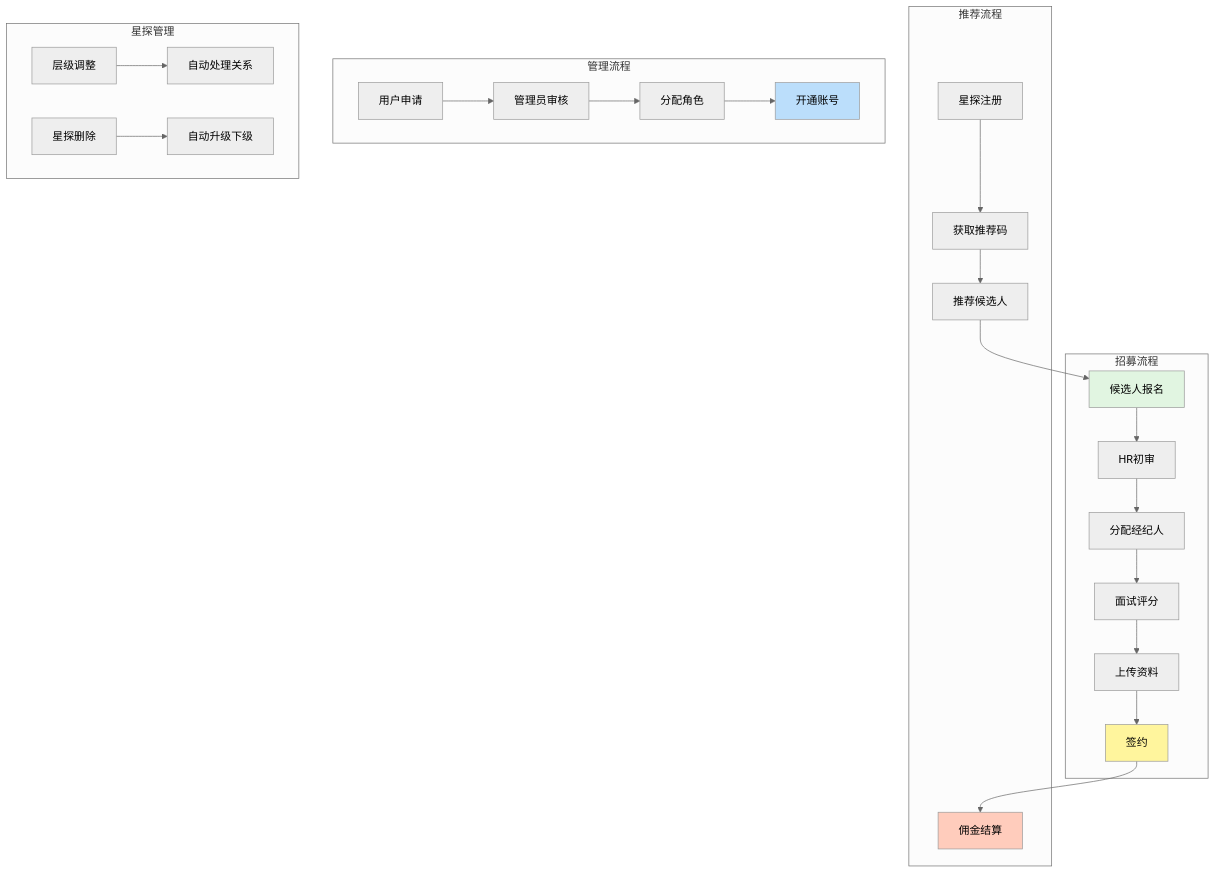
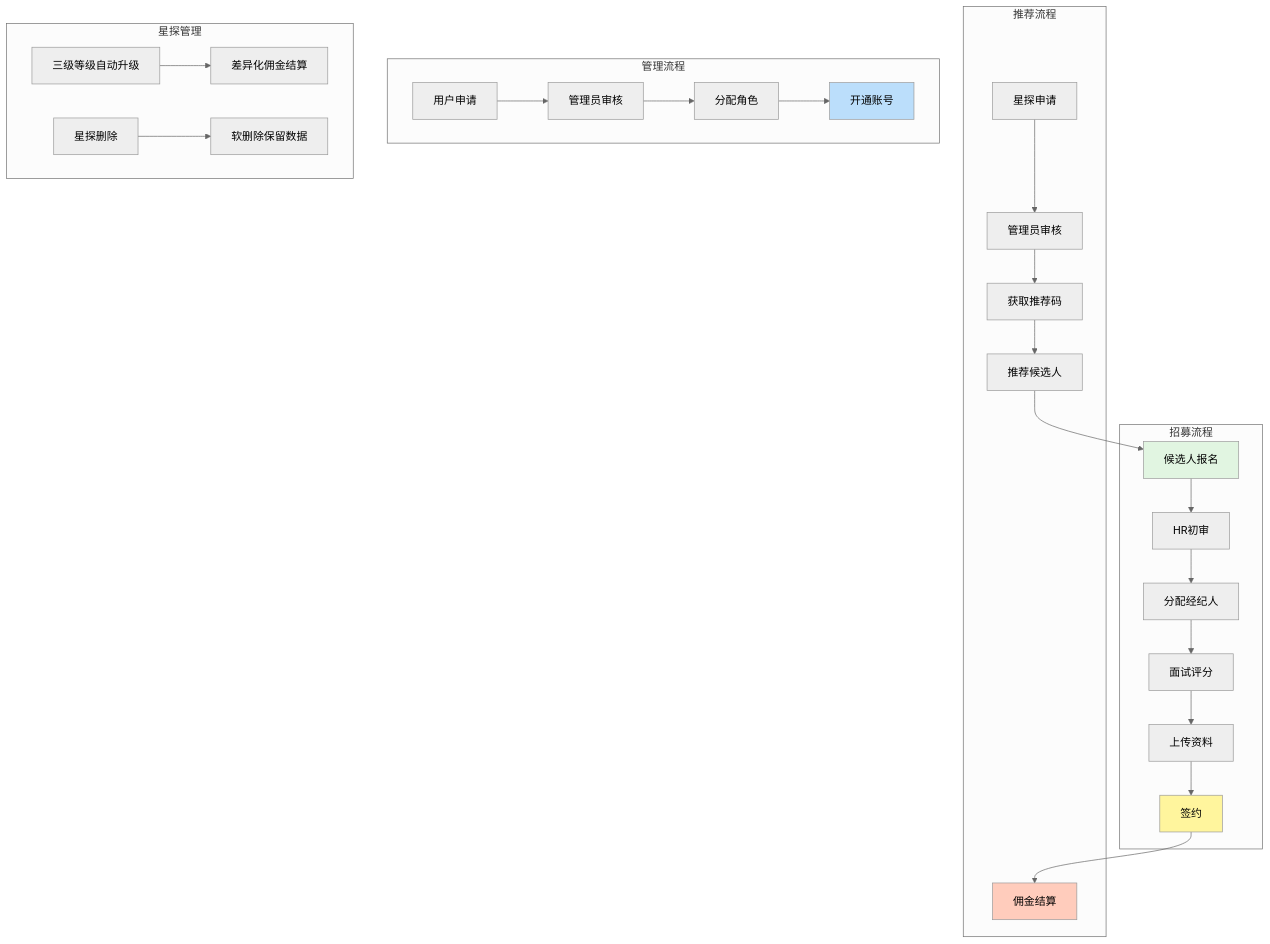
The first of 20 diagrams in docs/guides/business/workflows/business-processes-overview.md (chzhh393/aomi-star), drawn with Mermaid (neutral theme) before and after one commit. The commit also changed other lines of this file and 47 other files, not shown here.

````diff
--- a/docs/guides/business/workflows/business-processes-overview.md
+++ b/docs/guides/business/workflows/business-processes-overview.md
@@ -56,33 +56,34 @@
 ```mermaid
 graph TB
     subgraph 招募流程
         A[候选人报名] --> B[HR初审]
         B --> C[分配经纪人]
         C --> D[面试评分]
         D --> E[上传资料]
         E --> F[签约]
     end
     
     subgraph 推荐流程
-        G[星探注册] --> H[获取推荐码]
+        G[星探申请] --> G1[管理员审核]
+        G1 --> H[获取推荐码]
         H --> I[推荐候选人]
         I --> A
         F --> J[佣金结算]
     end
-    
+
     subgraph 管理流程
         K[用户申请] --> L[管理员审核]
         L --> M[分配角色]
         M --> N[开通账号]
     end
-    
+
     subgraph 星探管理
-        O[层级调整] --> P[自动处理关系]
-        Q[星探删除] --> R[自动升级下级]
+        O[三级等级自动升级] --> P[差异化佣金结算]
+        Q[星探删除] --> R[软删除保留数据]
     end
     
     style A fill:#e1f5e1
     style F fill:#fff59d
     style J fill:#ffccbc
     style N fill:#bbdefb
 ```
````
